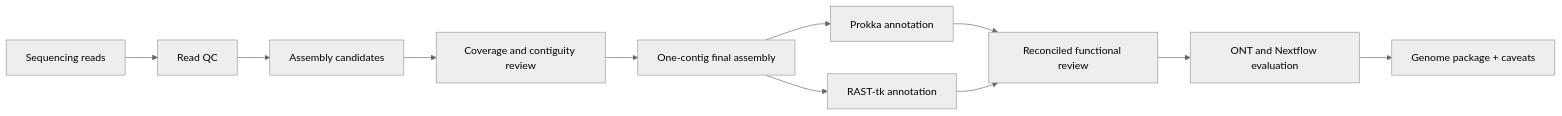
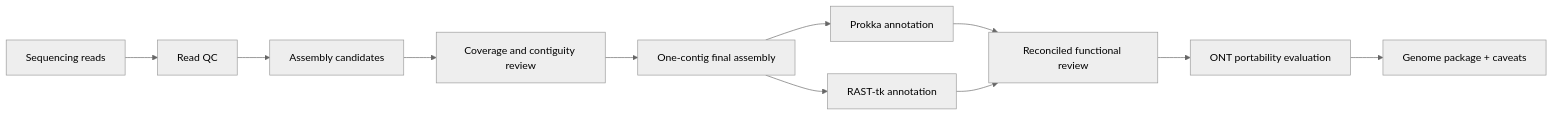
The diagram in _projects/phage-assembly-and-annotation.md (Bruce-BC/bruce-bc.github.io), drawn with Mermaid (neutral theme) before and after one commit. The commit also changed other lines of this file and 13 other files, not shown here.

````diff
--- a/_projects/phage-assembly-and-annotation.md
+++ b/_projects/phage-assembly-and-annotation.md
@@ -22,14 +22,14 @@
 ```mermaid
 flowchart LR
     sequencing_reads[Sequencing reads] --> read_qc[Read QC]
     read_qc --> assembly_candidates[Assembly candidates]
     assembly_candidates --> coverage_contiguity_review[Coverage and contiguity review]
     coverage_contiguity_review --> one_contig_final_assembly[One-contig final assembly]
     one_contig_final_assembly --> prokka_annotation[Prokka annotation]
     one_contig_final_assembly --> rast_tk_annotation[RAST-tk annotation]
     prokka_annotation --> reconciled_functional_review[Reconciled functional review]
     rast_tk_annotation --> reconciled_functional_review
-    reconciled_functional_review --> portable_workflow_evaluation[ONT and Nextflow evaluation]
+    reconciled_functional_review --> portable_workflow_evaluation[ONT portability evaluation]
     portable_workflow_evaluation --> genome_package_caveats[Genome package + caveats]
     class read_qc,assembly_candidates,one_contig_final_assembly,prokka_annotation,rast_tk_annotation,reconciled_functional_review,portable_workflow_evaluation project-tool-node
 ```
````
